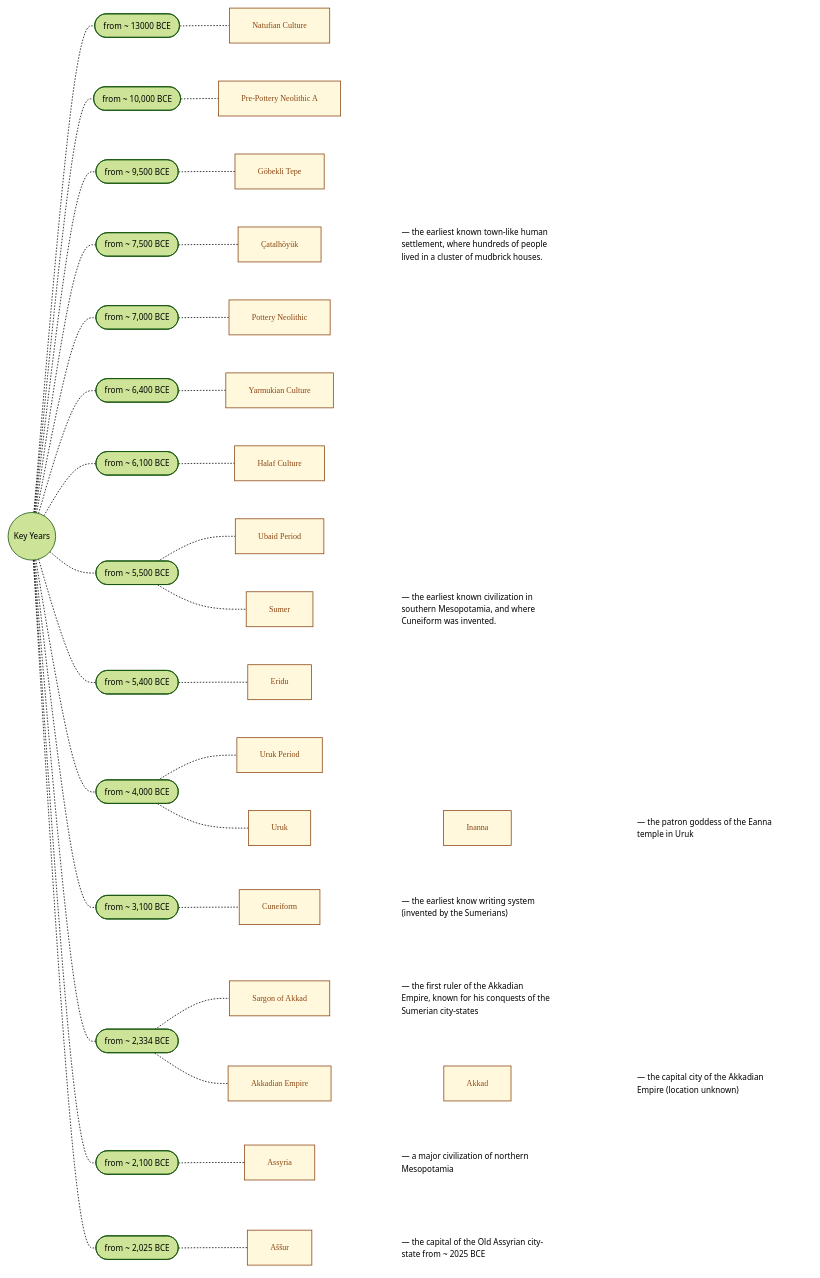
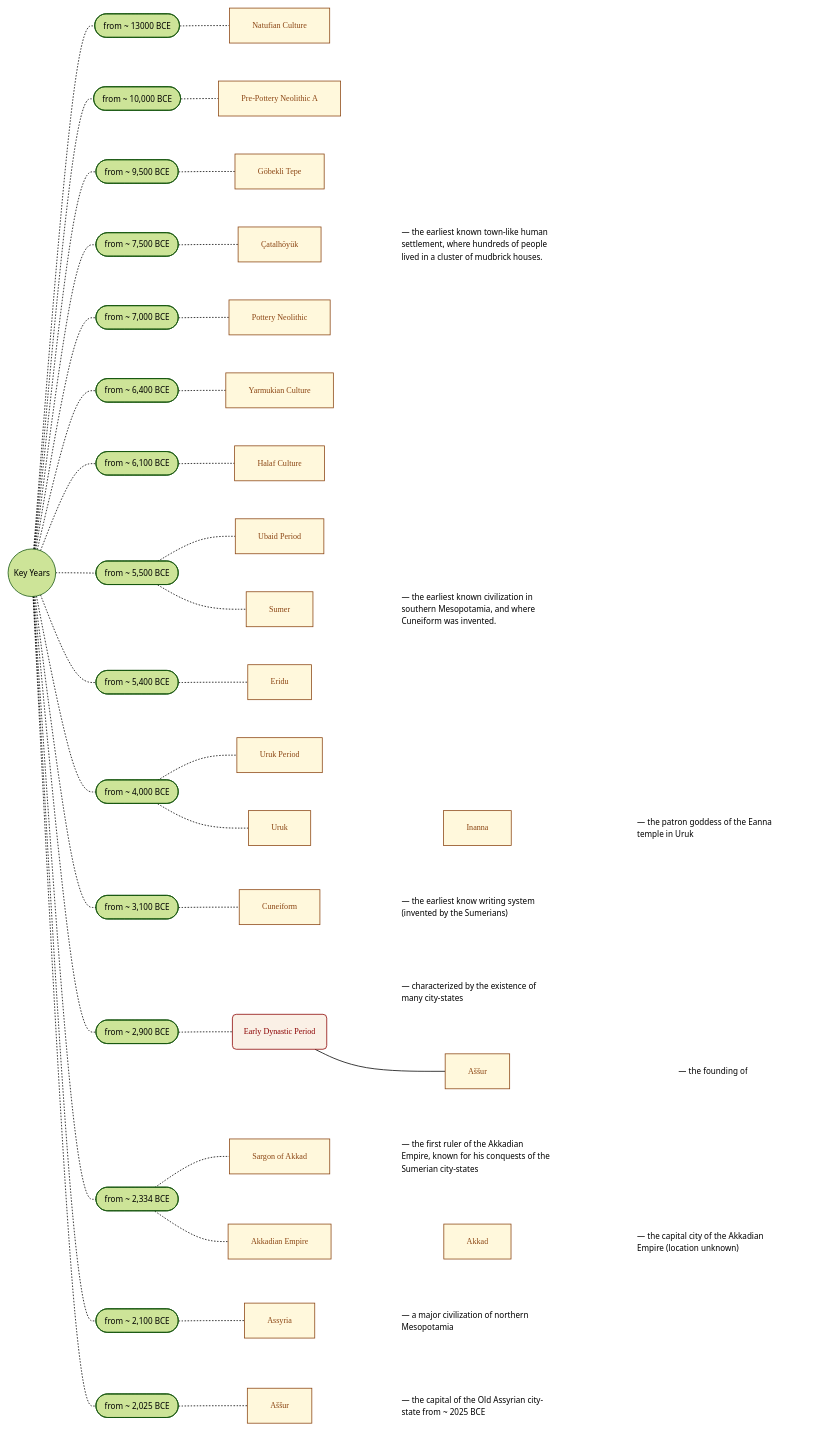
Before and after one commit to joe-dorward/samples: the diagram in mesopotamian_timeline_v1.01.md, drawn with Mermaid.

```diff
--- a/mesopotamian_timeline_v1.01.md
+++ b/mesopotamian_timeline_v1.01.md
@@ -7,6 +7,7 @@
 flowchart LR
 %%classDef Note_b fill:cornsilk, stroke:saddlebrown, color:saddlebrown, font-family:verdana, text-align:left, margin:0px, padding:0px, height:40px;
 %%classDef Note fill:cornsilk, stroke:saddlebrown, color:saddlebrown, font-family:verdana, text-align:left, line-height:150%, margin:0px, padding:0px;
+classDef Period fill:linen, stroke:darkred, color:darkred;
 classDef Note fill:cornsilk, stroke:saddlebrown, color:saddlebrown, font-family:verdana, line-height:150%, margin:0px, padding:0px;
 classDef Summary fill:white, stroke:white, text-align:left
 
@@ -88,6 +89,15 @@
       KEY_YEARS-.-3100-.-CUNEIFORM~~~CUNEIFORM_NOTE
 
       %% ========== ========== ========== ========== ==========
+      2900([from ~ 2,900 BCE])
+            EARLY_DYNASTIC_PERIOD(Early Dynastic Period)
+            click EARLY_DYNASTIC_PERIOD "https://en.wikipedia.org/wiki/Early_Dynastic_Period_(Mesopotamia)" _blank
+            EARLY_DYNASTIC_PERIOD_NOTE[#151; characterized by the existence of many city-states]
+
+            ASSUR_01[Aššur]
+            ASSUR_01_NOTE[#151; the founding of]
+
+
       %%2600([from ~ 2,600 BCE])
             %%EARLY_ASSYRIAN_PERIOD[Early Assyrian Period]
             %%click EARLY_ASSYRIAN_PERIOD "https://en.wikipedia.org/wiki/Early_Assyrian_period" _blank
@@ -112,9 +122,16 @@
 
 
       %% ---------- ---------- ---------- ---------- ---------- ---------- ----------
-      class EARLY_ASSYRIAN_PERIOD,SARGON_OF_AKKAD,AKKADIAN_EMPIRE,AKKAD,ASSYRIA,ASSUR Note;
-      class SARGON_OF_AKKAD_NOTE,AKKAD_NOTE,ASSYRIA_NOTE,ASSUR_NOTE Summary
+
+      class EARLY_ASSYRIAN_PERIOD,SARGON_OF_AKKAD,AKKADIAN_EMPIRE,AKKAD,ASSYRIA,ASSUR_01,ASSUR Note;
+      class SARGON_OF_AKKAD_NOTE,AKKAD_NOTE,ASSYRIA_NOTE,ASSUR_NOTE,EARLY_DYNASTIC_PERIOD_NOTE,ASSUR_01_NOTE Summary
+
+      class EARLY_DYNASTIC_PERIOD Note;
+      class EARLY_DYNASTIC_PERIOD Period;
       %% ---------- ---------- ---------- ---------- ---------- ---------- ----------
+      KEY_YEARS-.-2900-.-EARLY_DYNASTIC_PERIOD~~~EARLY_DYNASTIC_PERIOD_NOTE
+                         EARLY_DYNASTIC_PERIOD---ASSUR_01~~~ASSUR_01_NOTE
+
 
       %%KEY_YEARS-.-2600-.-EARLY_ASSYRIAN_PERIOD
       KEY_YEARS-.-2334-.-SARGON_OF_AKKAD~~~SARGON_OF_AKKAD_NOTE
```
